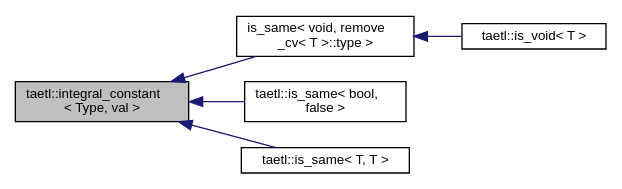
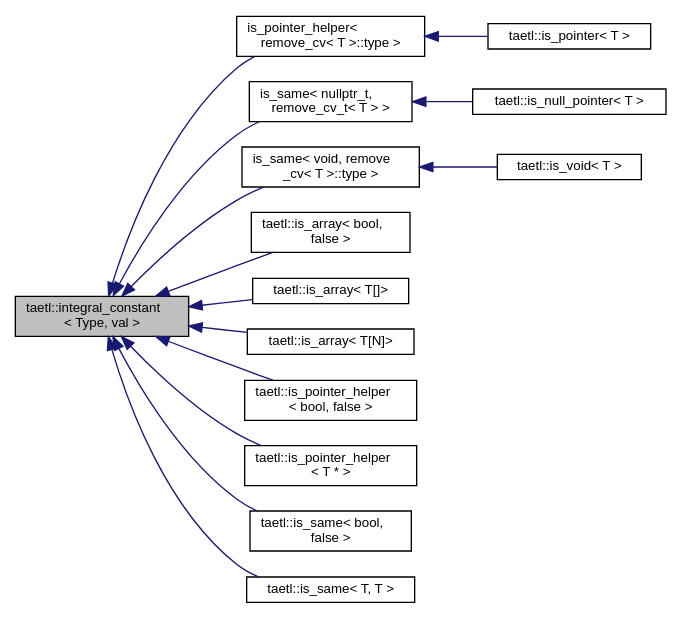
Before and after one commit to tobanteAudio/taetl: the diagram in structtaetl_1_1integral__constant__inherit__graph.dot, drawn with Graphviz. The commit also changed 111 other files, not shown here.

```diff
--- a/structtaetl_1_1integral__constant__inherit__graph.dot
+++ b/structtaetl_1_1integral__constant__inherit__graph.dot
@@ -1,15 +1,33 @@
 digraph "taetl::integral_constant&lt; Type, val &gt;"
 {
   edge [fontname="Helvetica",fontsize="10",labelfontname="Helvetica",labelfontsize="10"];
   node [fontname="Helvetica",fontsize="10",shape=record];
   rankdir="LR";
   Node0 [label="taetl::integral_constant\l\< Type, val \>",height=0.2,width=0.4,color="black", fillcolor="grey75", style="filled", fontcolor="black"];
   Node0 -> Node1 [dir="back",color="midnightblue",fontsize="10",style="solid",fontname="Helvetica"];
-  Node1 [label="is_same\< void, remove\l_cv\< T \>::type \>",height=0.2,width=0.4,color="black", fillcolor="white", style="filled",URL="$structtaetl_1_1is__same.html"];
+  Node1 [label="is_pointer_helper\<\l remove_cv\< T \>::type \>",height=0.2,width=0.4,color="black", fillcolor="white", style="filled",URL="$structtaetl_1_1is__pointer__helper.html"];
   Node1 -> Node2 [dir="back",color="midnightblue",fontsize="10",style="solid",fontname="Helvetica"];
-  Node2 [label="taetl::is_void\< T \>",height=0.2,width=0.4,color="black", fillcolor="white", style="filled",URL="$structtaetl_1_1is__void.html",tooltip="Define a member typedef only if a boolean constant is true. "];
+  Node2 [label="taetl::is_pointer\< T \>",height=0.2,width=0.4,color="black", fillcolor="white", style="filled",URL="$structtaetl_1_1is__pointer.html"];
   Node0 -> Node3 [dir="back",color="midnightblue",fontsize="10",style="solid",fontname="Helvetica"];
-  Node3 [label="taetl::is_same\< bool,\l false \>",height=0.2,width=0.4,color="black", fillcolor="white", style="filled",URL="$structtaetl_1_1is__same.html",tooltip="If T and U name the same type (taking into account const/volatile qualifications), provides the member constant value equal to true. Otherwise value is false. "];
-  Node0 -> Node4 [dir="back",color="midnightblue",fontsize="10",style="solid",fontname="Helvetica"];
-  Node4 [label="taetl::is_same\< T, T \>",height=0.2,width=0.4,color="black", fillcolor="white", style="filled",URL="$structtaetl_1_1is__same_3_01T_00_01T_01_4.html"];
+  Node3 [label="is_same\< nullptr_t,\l remove_cv_t\< T \> \>",height=0.2,width=0.4,color="black", fillcolor="white", style="filled",URL="$structtaetl_1_1is__same.html"];
+  Node3 -> Node4 [dir="back",color="midnightblue",fontsize="10",style="solid",fontname="Helvetica"];
+  Node4 [label="taetl::is_null_pointer\< T \>",height=0.2,width=0.4,color="black", fillcolor="white", style="filled",URL="$structtaetl_1_1is__null__pointer.html"];
+  Node0 -> Node5 [dir="back",color="midnightblue",fontsize="10",style="solid",fontname="Helvetica"];
+  Node5 [label="is_same\< void, remove\l_cv\< T \>::type \>",height=0.2,width=0.4,color="black", fillcolor="white", style="filled",URL="$structtaetl_1_1is__same.html"];
+  Node5 -> Node6 [dir="back",color="midnightblue",fontsize="10",style="solid",fontname="Helvetica"];
+  Node6 [label="taetl::is_void\< T \>",height=0.2,width=0.4,color="black", fillcolor="white", style="filled",URL="$structtaetl_1_1is__void.html",tooltip="Define a member typedef only if a boolean constant is true. "];
+  Node0 -> Node7 [dir="back",color="midnightblue",fontsize="10",style="solid",fontname="Helvetica"];
+  Node7 [label="taetl::is_array\< bool,\l false \>",height=0.2,width=0.4,color="black", fillcolor="white", style="filled",URL="$structtaetl_1_1is__array.html"];
+  Node0 -> Node8 [dir="back",color="midnightblue",fontsize="10",style="solid",fontname="Helvetica"];
+  Node8 [label="taetl::is_array\< T[]\>",height=0.2,width=0.4,color="black", fillcolor="white", style="filled",URL="$structtaetl_1_1is__array_3_01T[]_4.html"];
+  Node0 -> Node9 [dir="back",color="midnightblue",fontsize="10",style="solid",fontname="Helvetica"];
+  Node9 [label="taetl::is_array\< T[N]\>",height=0.2,width=0.4,color="black", fillcolor="white", style="filled",URL="$structtaetl_1_1is__array_3_01T[N]_4.html"];
+  Node0 -> Node10 [dir="back",color="midnightblue",fontsize="10",style="solid",fontname="Helvetica"];
+  Node10 [label="taetl::is_pointer_helper\l\< bool, false \>",height=0.2,width=0.4,color="black", fillcolor="white", style="filled",URL="$structtaetl_1_1is__pointer__helper.html"];
+  Node0 -> Node11 [dir="back",color="midnightblue",fontsize="10",style="solid",fontname="Helvetica"];
+  Node11 [label="taetl::is_pointer_helper\l\< T * \>",height=0.2,width=0.4,color="black", fillcolor="white", style="filled",URL="$structtaetl_1_1is__pointer__helper_3_01T_01_5_01_4.html"];
+  Node0 -> Node12 [dir="back",color="midnightblue",fontsize="10",style="solid",fontname="Helvetica"];
+  Node12 [label="taetl::is_same\< bool,\l false \>",height=0.2,width=0.4,color="black", fillcolor="white", style="filled",URL="$structtaetl_1_1is__same.html",tooltip="If T and U name the same type (taking into account const/volatile qualifications), provides the member constant value equal to true. Otherwise value is false. "];
+  Node0 -> Node13 [dir="back",color="midnightblue",fontsize="10",style="solid",fontname="Helvetica"];
+  Node13 [label="taetl::is_same\< T, T \>",height=0.2,width=0.4,color="black", fillcolor="white", style="filled",URL="$structtaetl_1_1is__same_3_01T_00_01T_01_4.html"];
 }
```
